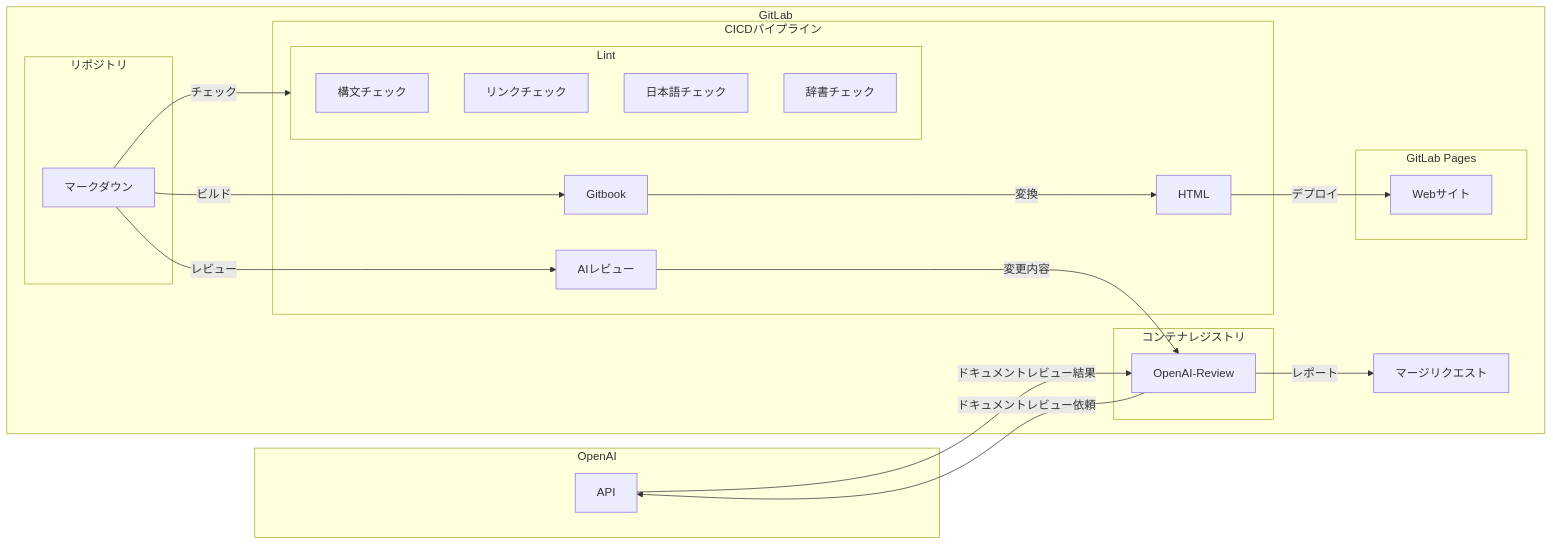
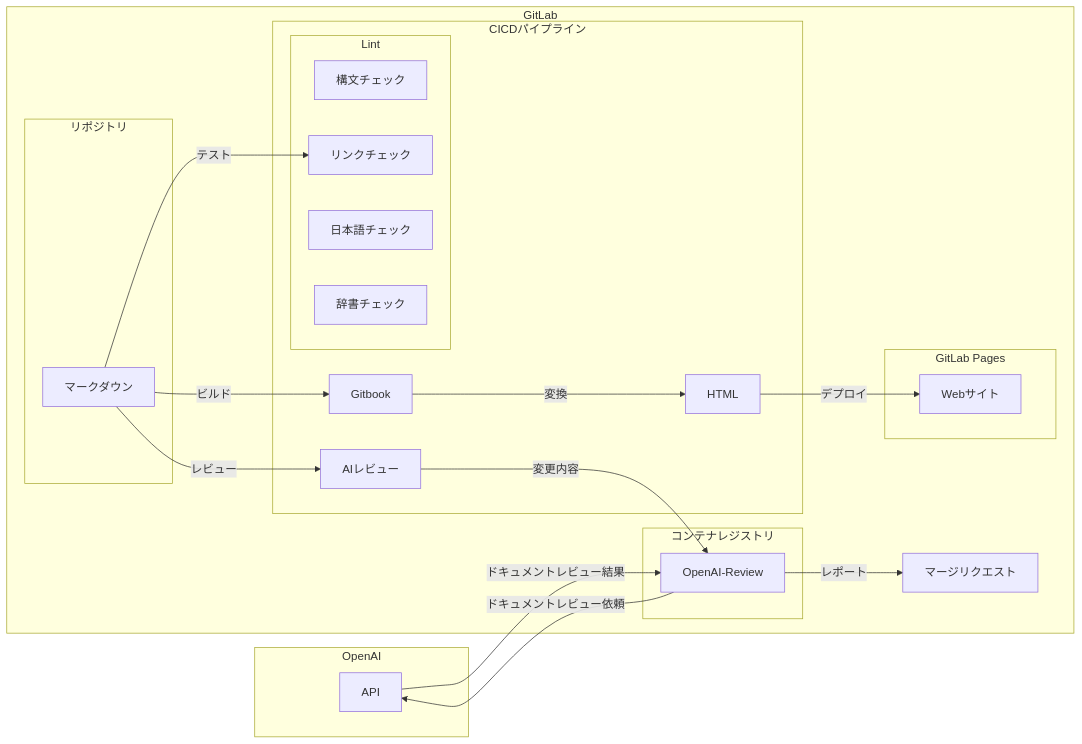
The first of 2 diagrams in README.md (gongyong/docs), drawn with Mermaid before and after one commit.

Commit message:
lint修正

````diff
--- a/README.md
+++ b/README.md
@@ -18,38 +18,38 @@
 ```mermaid
 graph LR
 subgraph OpenAI
     API
 end
 subgraph GitLab
     subgraph リポジトリ
         マークダウン
     end
     subgraph CICDパイプライン
         subgraph Lint
             構文チェック
             リンクチェック
             日本語チェック
             辞書チェック
         end
         AIレビュー
         Gitbook
         HTML
     end
     subgraph コンテナレジストリ
         OpenAI-Review
     end
     subgraph GitLab Pages
         Webサイト
     end
     マージリクエスト
-    マークダウン--チェック-->Lint
+    マークダウン--テスト-->リンクチェック
     マークダウン--レビュー-->AIレビュー
     AIレビュー--変更内容-->OpenAI-Review
     OpenAI-Review--ドキュメントレビュー依頼-->API
     API--ドキュメントレビュー結果-->OpenAI-Review
     OpenAI-Review--レポート-->マージリクエスト
     マークダウン--ビルド-->Gitbook
     Gitbook--変換-->HTML
     HTML--デプロイ-->Webサイト
 end
 ```
````
